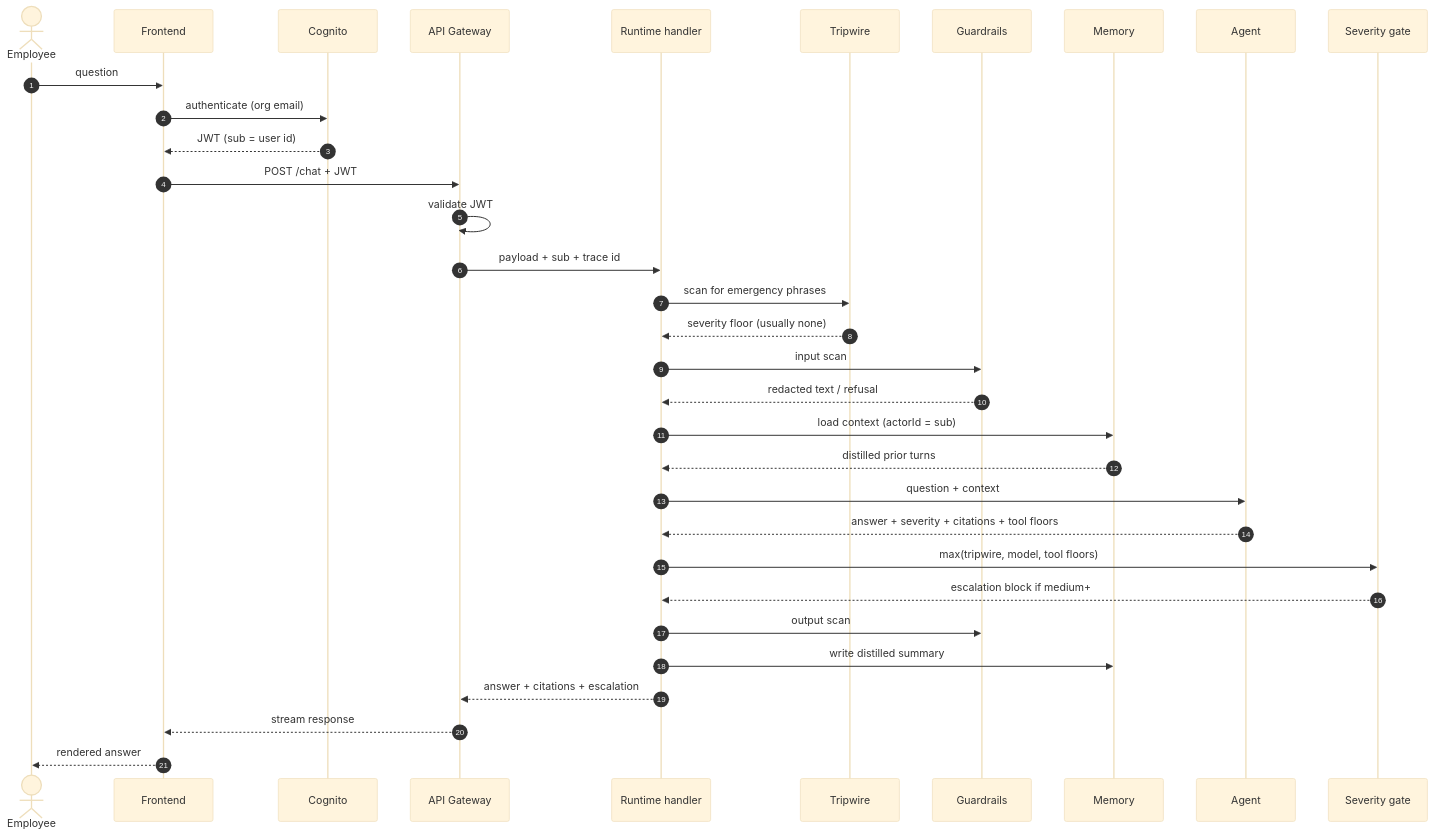
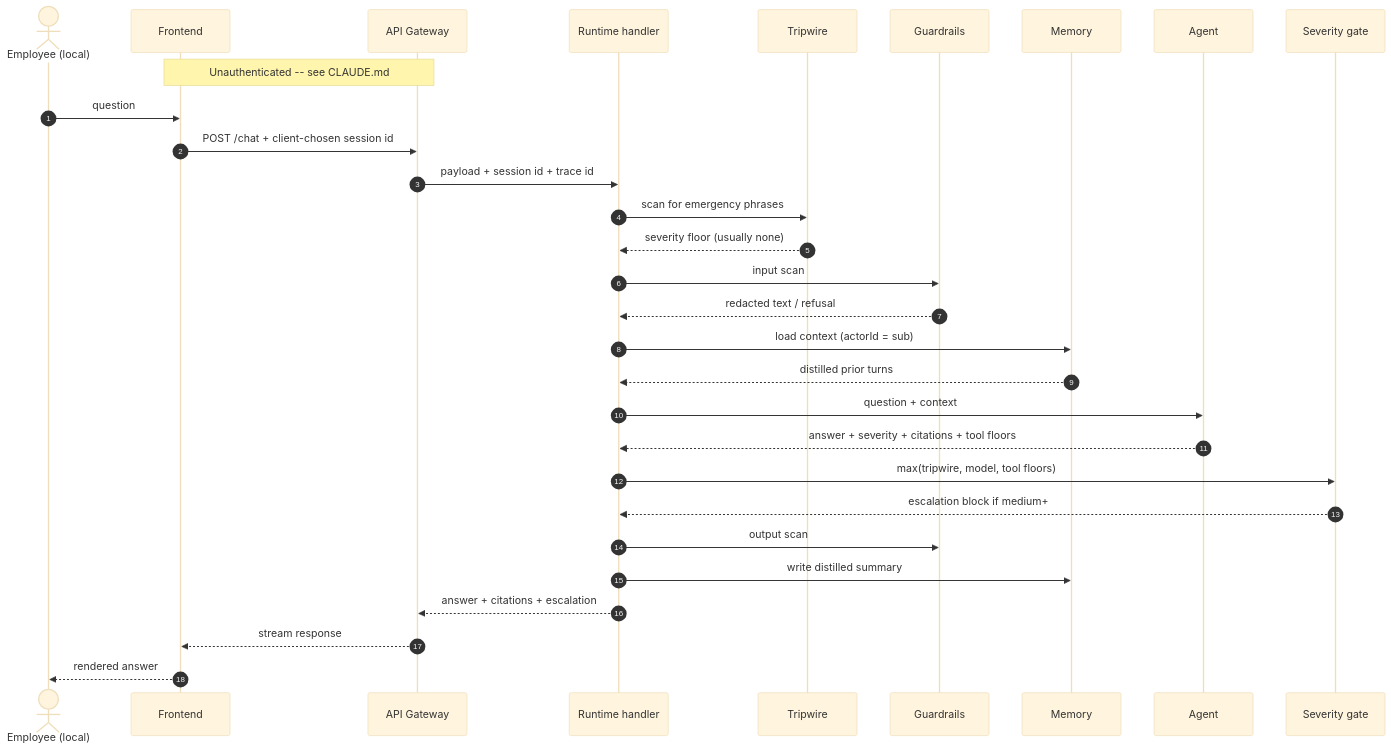
One commit to KaarthikMS/drugagent changed the first of 7 diagrams in docs/dataflow.md. Above: the diagram before and after it, drawn with Mermaid (base theme). The commit also changed other lines of this file and 19 other files, not shown here.

First line of the commit message:
refactor: drop Cognito auth stack, make the API unauthenticated

````diff
--- a/docs/dataflow.md
+++ b/docs/dataflow.md
@@ -21,42 +21,39 @@
 ```mermaid
 sequenceDiagram
     autonumber
-    actor U as Employee
+    actor U as Employee (local)
     participant FE as Frontend
-    participant CG as Cognito
     participant GW as API Gateway
     participant RT as Runtime handler
     participant TW as Tripwire
     participant GD as Guardrails
     participant MM as Memory
     participant AG as Agent
     participant SG as Severity gate
 
+    Note over FE,GW: Unauthenticated -- see CLAUDE.md
     U->>FE: question
-    FE->>CG: authenticate (org email)
-    CG-->>FE: JWT (sub = user id)
-    FE->>GW: POST /chat + JWT
-    GW->>GW: validate JWT
-    GW->>RT: payload + sub + trace id
+    FE->>GW: POST /chat + client-chosen session id
+    GW->>RT: payload + session id + trace id
 
     RT->>TW: scan for emergency phrases
     TW-->>RT: severity floor (usually none)
 
     RT->>GD: input scan
     GD-->>RT: redacted text / refusal
 
     RT->>MM: load context (actorId = sub)
     MM-->>RT: distilled prior turns
 
     RT->>AG: question + context
     AG-->>RT: answer + severity + citations + tool floors
 
     RT->>SG: max(tripwire, model, tool floors)
     SG-->>RT: escalation block if medium+
 
     RT->>GD: output scan
     RT->>MM: write distilled summary
     RT-->>GW: answer + citations + escalation
     GW-->>FE: stream response
     FE-->>U: rendered answer
 ```
````
